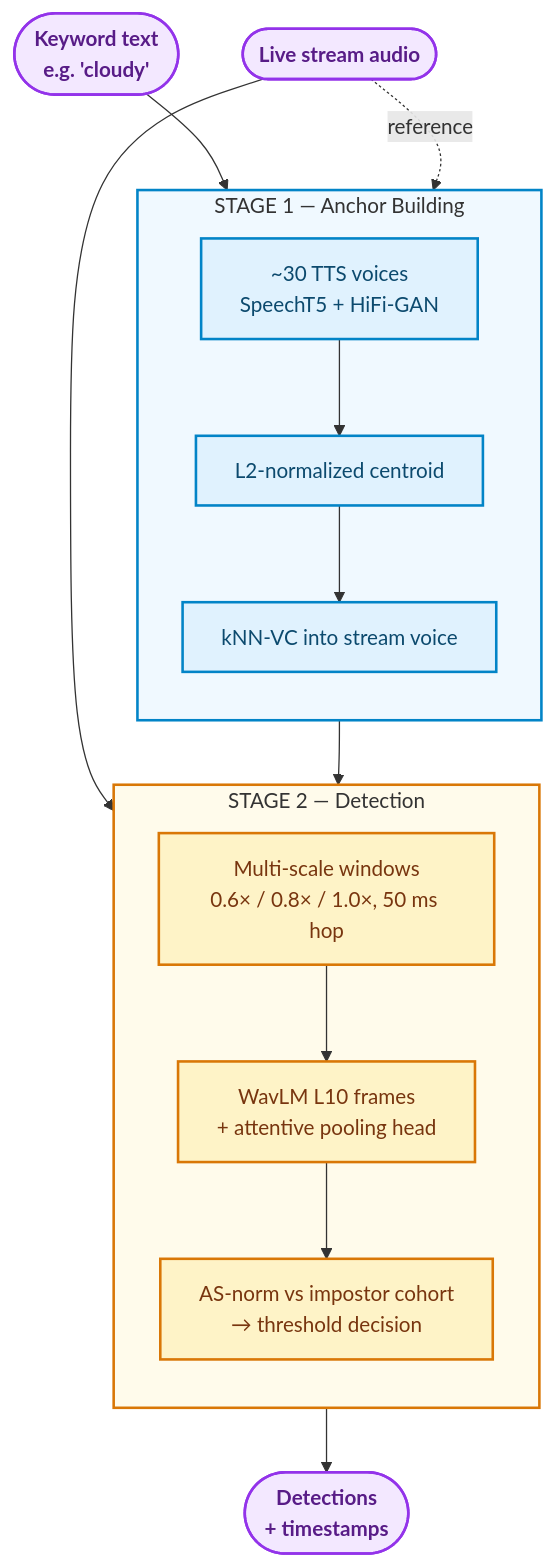
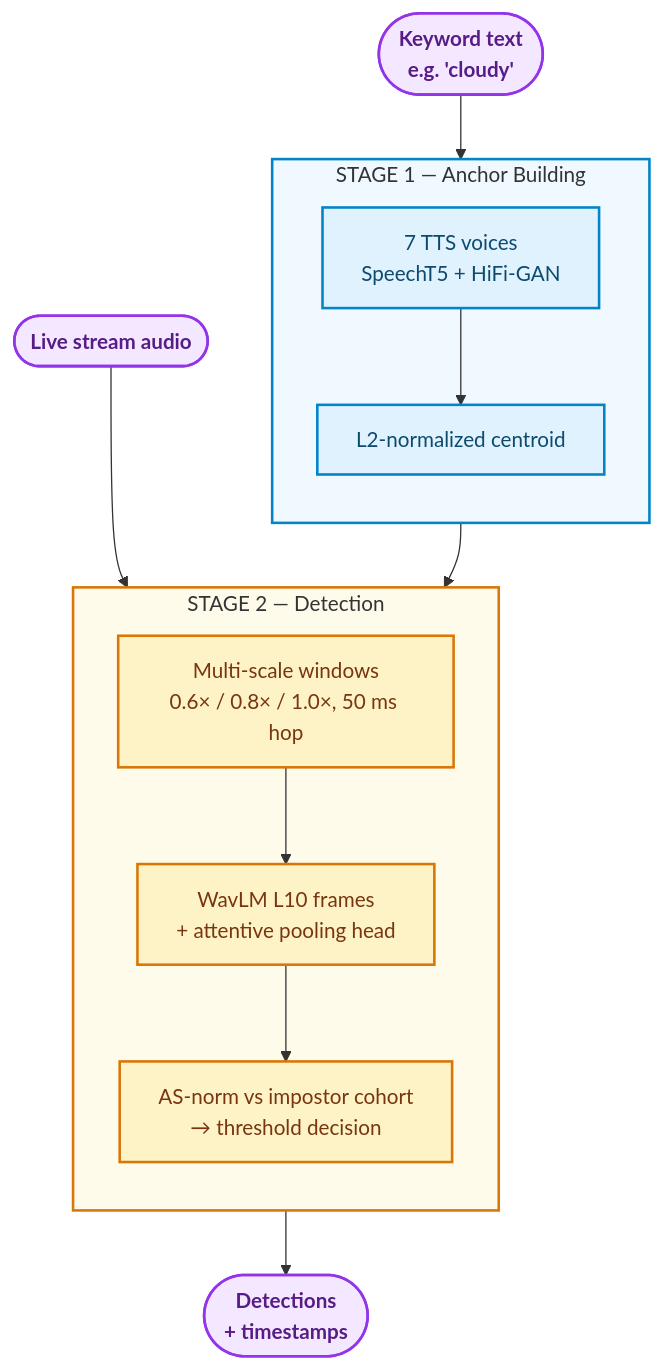
Before and after one commit to Fawwad795/Video-Context-Extraction-System: the diagram in Siamese_VMS_Project/README.md, drawn with Mermaid. The commit also changed other lines of this file and 9 other files, not shown here.

````diff
--- a/Siamese_VMS_Project/README.md
+++ b/Siamese_VMS_Project/README.md
@@ -38,39 +41,37 @@
 ```mermaid
 flowchart TD
     KW(["Keyword text<br/><b>e.g. 'cloudy'</b>"])
     STREAM(["Live stream audio"])
     RESULT(["Detections<br/><b>+ timestamps</b>"])
 
     subgraph S1["STAGE 1 — Anchor Building"]
         direction TB
-        TTS["~30 TTS voices<br/>SpeechT5 + HiFi-GAN"]
+        TTS["7 TTS voices<br/>SpeechT5 + HiFi-GAN"]
         CENTROID["L2-normalized centroid"]
-        KNNVC["kNN-VC into stream voice"]
-        TTS --> CENTROID --> KNNVC
+        TTS --> CENTROID
     end
 
     subgraph S2["STAGE 2 — Detection"]
         direction TB
         SLIDE["Multi-scale windows<br/>0.6× / 0.8× / 1.0×, 50 ms hop"]
         EMBED["WavLM L10 frames<br/>+ attentive pooling head"]
         ASNORM["AS-norm vs impostor cohort<br/>→ threshold decision"]
         SLIDE --> EMBED --> ASNORM
     end
 
     KW --> TTS
-    STREAM -. reference .-> KNNVC
-    KNNVC --> EMBED
+    CENTROID --> EMBED
     STREAM --> SLIDE
     ASNORM --> RESULT
 
     classDef io fill:#f3e8ff,stroke:#9333ea,stroke-width:2px,color:#581c87,font-weight:bold
     classDef stage1 fill:#e0f2fe,stroke:#0284c7,stroke-width:2px,color:#0c4a6e
     classDef stage2 fill:#fef3c7,stroke:#d97706,stroke-width:2px,color:#78350f
 
     class KW,STREAM,RESULT io
-    class TTS,CENTROID,KNNVC stage1
+    class TTS,CENTROID stage1
     class SLIDE,EMBED,ASNORM stage2
 
     style S1 fill:#f0f9ff,stroke:#0284c7,stroke-width:2px
     style S2 fill:#fffbeb,stroke:#d97706,stroke-width:2px
 ```
````
